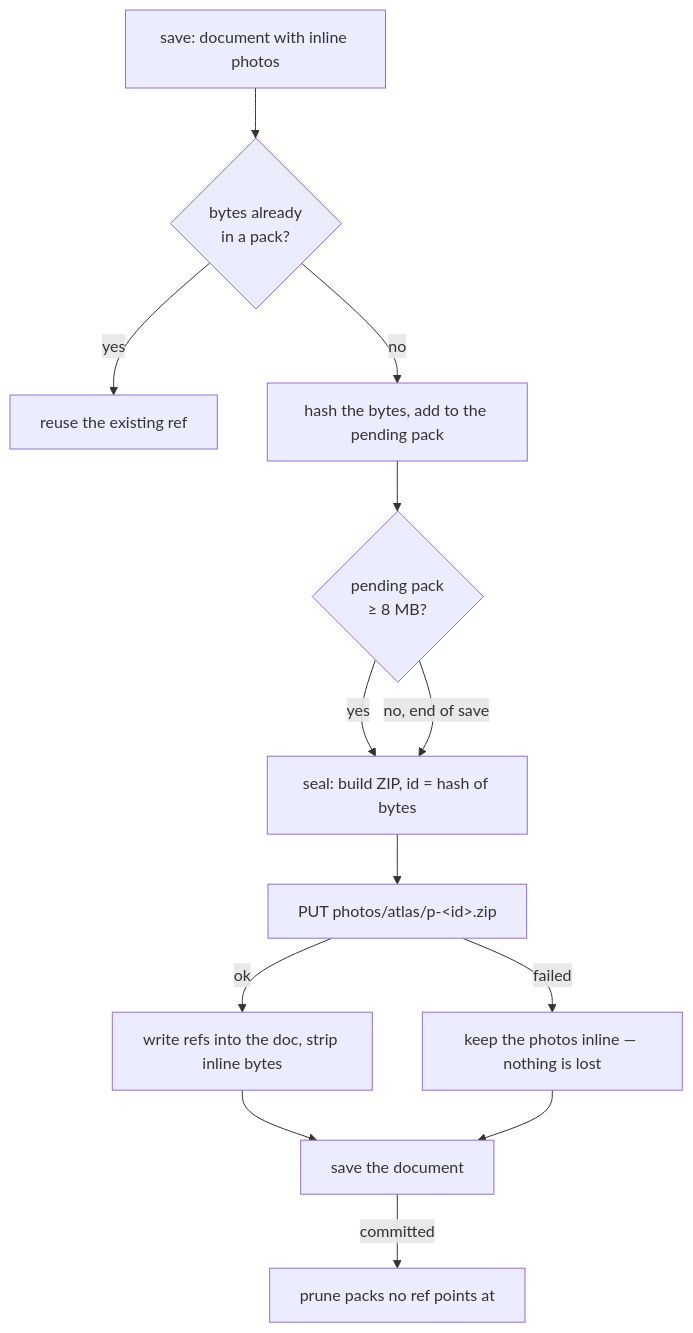
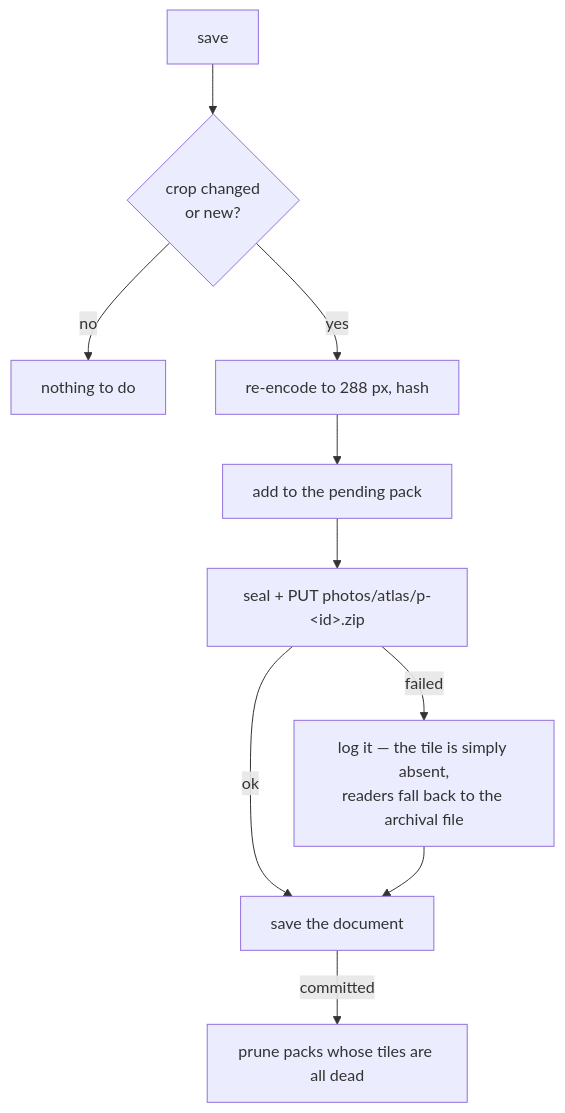
One commit to niclaslindstedt/contacts changed the diagram in docs/design/photo-atlas.md. Above: the diagram before and after it, drawn with Mermaid. The commit also changed other lines of this file, not shown here.

First line of the commit message:
docs: scope the photo atlas to the display crops

````diff
--- a/docs/design/photo-atlas.md
+++ b/docs/design/photo-atlas.md
@@ -168,15 +145,12 @@
 ```mermaid
 flowchart TD
-  A[save: document with inline photos] --> B{bytes already<br/>in a pack?}
-  B -- yes --> C[reuse the existing ref]
-  B -- no --> D[hash the bytes, add to the pending pack]
-  D --> E{pending pack<br/>≥ 8 MB?}
-  E -- yes --> F[seal: build ZIP, id = hash of bytes]
-  E -- no, end of save --> F
-  F --> G[PUT photos/atlas/p-&lt;id&gt;.zip]
-  G -- ok --> H[write refs into the doc, strip inline bytes]
-  G -- failed --> I[keep the photos inline — nothing is lost]
-  H --> J[save the document]
-  J -- committed --> K[prune packs no ref points at]
-  I --> J
+  A[save] --> B{crop changed<br/>or new?}
+  B -- no --> C[nothing to do]
+  B -- yes --> D[re-encode to 288 px, hash]
+  D --> E[add to the pending pack]
+  E --> F[seal + PUT photos/atlas/p-&lt;id&gt;.zip]
+  F -- ok --> G[save the document]
+  F -- failed --> H[log it — the tile is simply absent,<br/>readers fall back to the archival file]
+  H --> G
+  G -- committed --> I[prune packs whose tiles are all dead]
 ```
````
